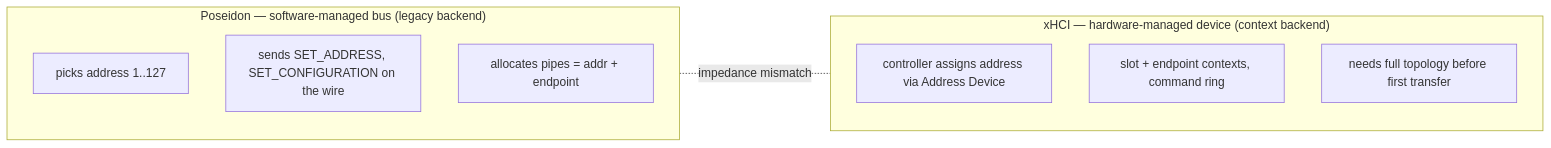
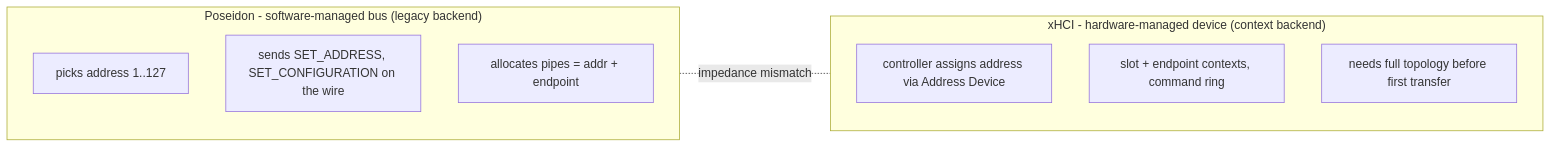
Before and after one commit to rondoval/poseidon-backport: the diagram in docs/poseidon-vs-xhci-driver-model.md, drawn with Mermaid. The commit also changed other lines of this file and 108 other files, not shown here.

````diff
--- a/docs/poseidon-vs-xhci-driver-model.md
+++ b/docs/poseidon-vs-xhci-driver-model.md
@@ -36,14 +36,14 @@
 ```mermaid
 flowchart LR
-    subgraph POS["Poseidon — software-managed bus (legacy backend)"]
+    subgraph POS["Poseidon - software-managed bus (legacy backend)"]
         P1["picks address 1..127"]
         P2["sends SET_ADDRESS, SET_CONFIGURATION on the wire"]
         P3["allocates pipes = addr + endpoint"]
     end
-    subgraph XHCI["xHCI — hardware-managed device (context backend)"]
+    subgraph XHCI["xHCI - hardware-managed device (context backend)"]
         X1["controller assigns address via Address Device"]
         X2["slot + endpoint contexts, command ring"]
         X3["needs full topology before first transfer"]
     end
     POS -. impedance mismatch .- XHCI
 ```
````
